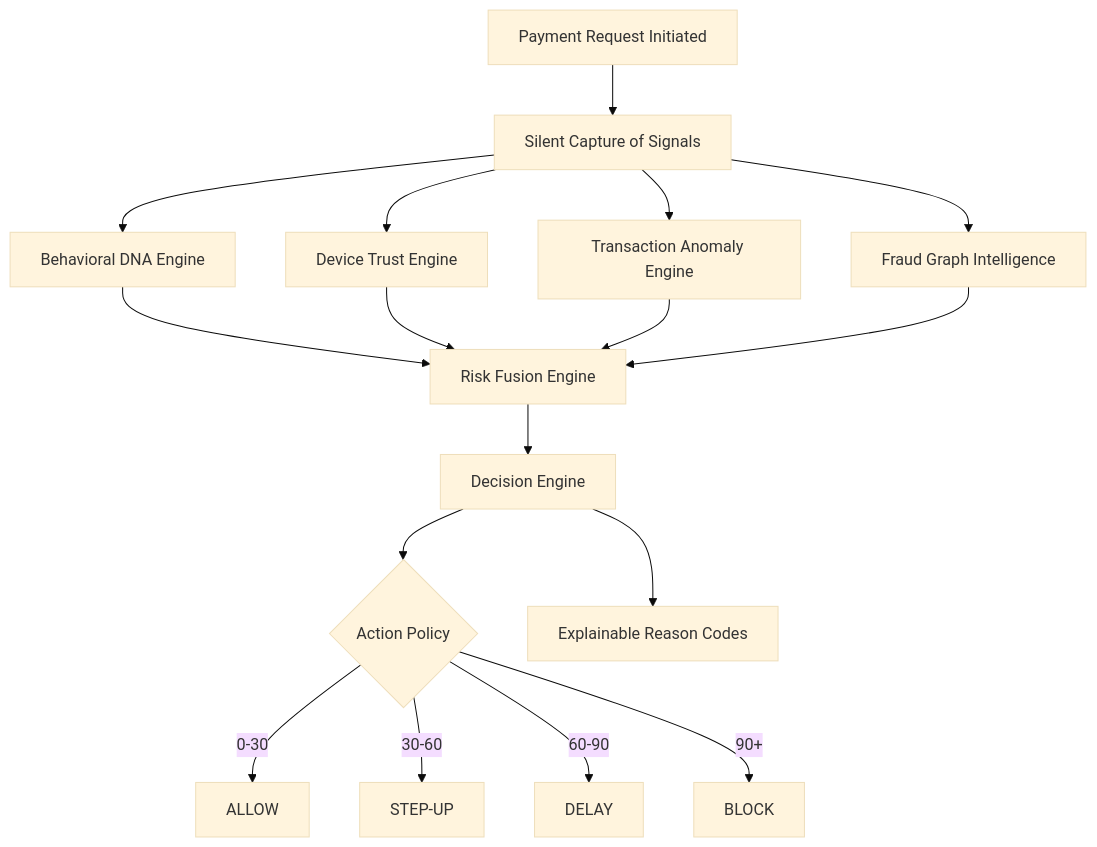
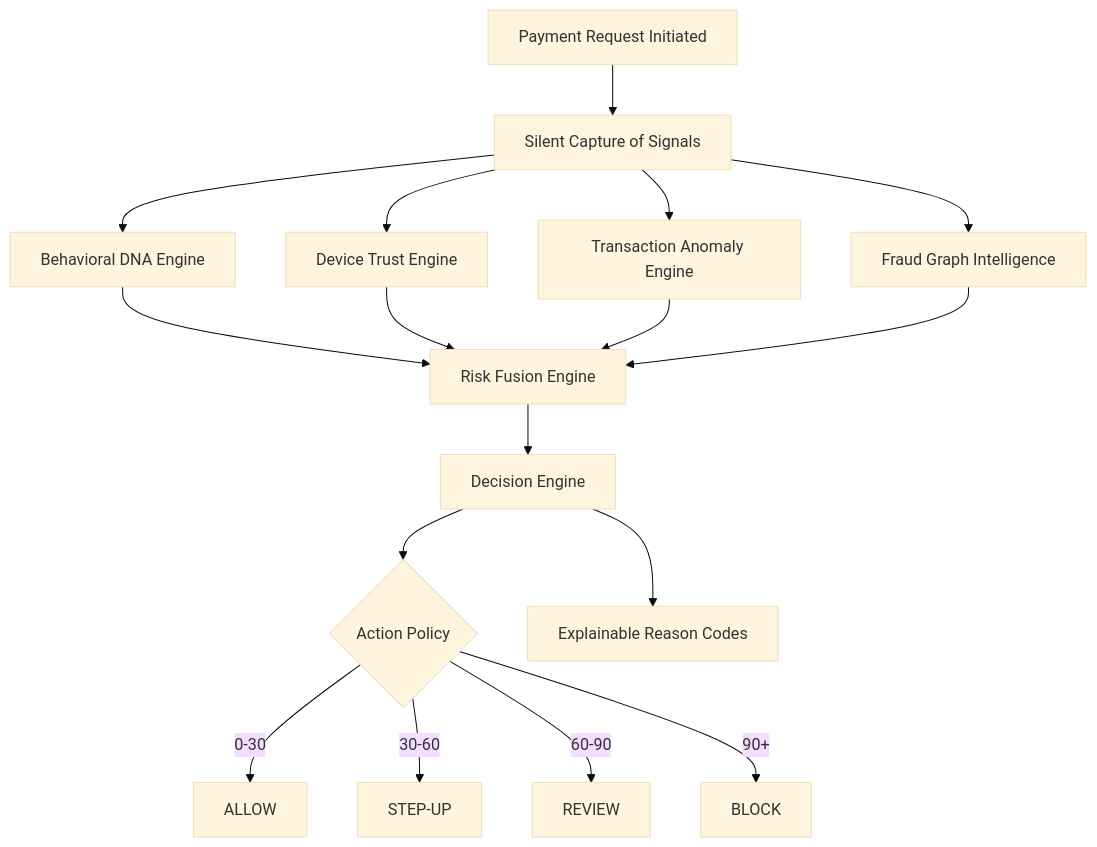
One commit to Ajith-Anand-R/PayShield-AI changed the diagram in idea.md. Above: the diagram before and after it, drawn with Mermaid (base theme). The commit also changed other lines of this file and 96 other files, not shown here.

````diff
--- a/idea.md
+++ b/idea.md
@@ -62,23 +62,23 @@
 ```mermaid
 graph TD
     A[Payment Request Initiated] --> B[Silent Capture of Signals]
     B --> C1[Behavioral DNA Engine]
     B --> C2[Device Trust Engine]
     B --> C3[Transaction Anomaly Engine]
     B --> C4[Fraud Graph Intelligence]
     
     C1 --> D[Risk Fusion Engine]
     C2 --> D
     C3 --> D
     C4 --> D
     
     D --> E[Decision Engine]
     E --> F{Action Policy}
     
     F -->|0-30| G[ALLOW]
     F -->|30-60| H[STEP-UP]
-    F -->|60-90| I[DELAY]
+    F -->|60-90| I[REVIEW]
     F -->|90+| J[BLOCK]
     
     E --> K[Explainable Reason Codes]
 ```
````
